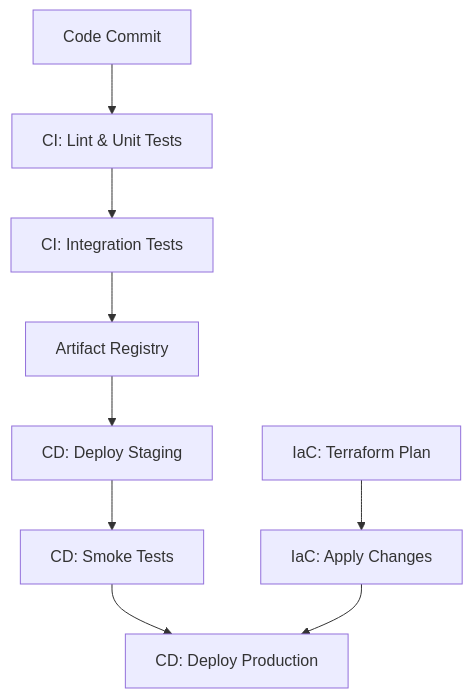
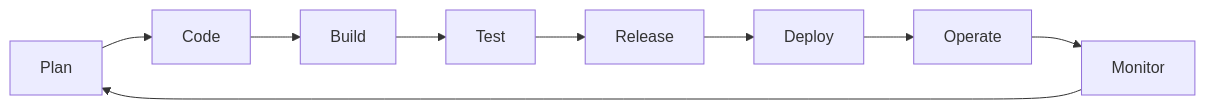
Before and after one commit to VrushankPatel/interview-matters: the diagram in devops-infrastructure-as-code/README.md, drawn with Mermaid. The commit also changed other lines of this file and 3 other files, not shown here.

````diff
--- a/devops-infrastructure-as-code/README.md
+++ b/devops-infrastructure-as-code/README.md
@@ -193,11 +39,11 @@
 ```mermaid
-graph TD
-    A[Code Commit] --> B[CI: Lint & Unit Tests]
-    B --> C[CI: Integration Tests]
-    C --> D[Artifact Registry]
-    D --> E[CD: Deploy Staging]
-    E --> F[CD: Smoke Tests]
-    F --> G[CD: Deploy Production]
-    H[IaC: Terraform Plan] --> I[IaC: Apply Changes]
-    I --> G
+graph LR
+    A[Plan] --> B[Code]
+    B --> C[Build]
+    C --> D[Test]
+    D --> E[Release]
+    E --> F[Deploy]
+    F --> G[Operate]
+    G --> H[Monitor]
+    H --> A
 ```
````
